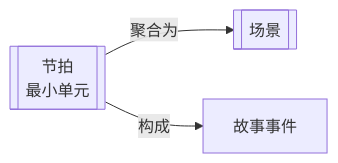
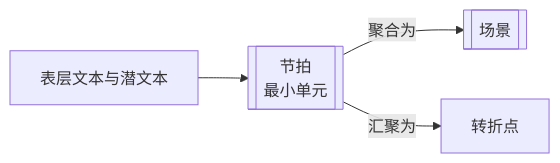
Before and after one commit to Quentinbest/LLM-Wiki-Story: the diagram in wiki/zh/structures/beat.md, drawn with Mermaid. The commit also changed other lines of this file and 37 other files, not shown here.

````diff
--- a/wiki/zh/structures/beat.md
+++ b/wiki/zh/structures/beat.md
@@ -30,8 +34,10 @@
 ```mermaid
 flowchart LR
   self[[节拍<br/>最小单元]]
   scene[[场景]]
-  event[故事事件]
+  sub[表层文本与潜文本]
+  turn[转折点]
+  sub --> self
   self -->|聚合为| scene
-  self -->|构成| event
+  self -->|汇聚为| turn
 ```
````
